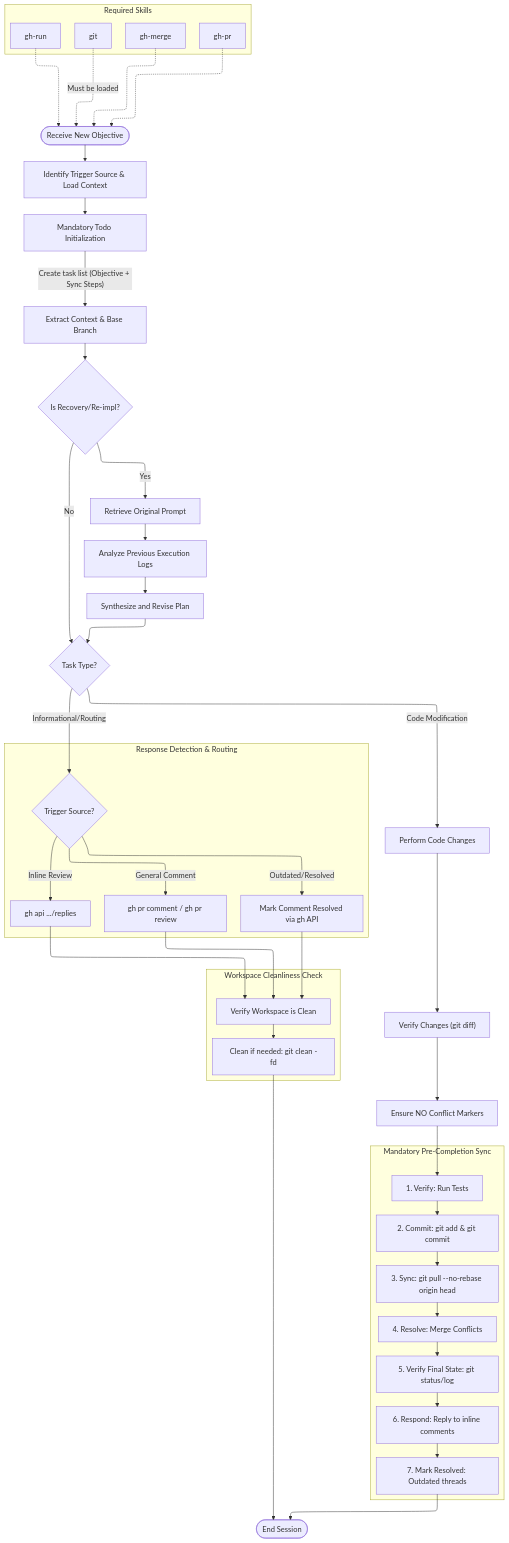
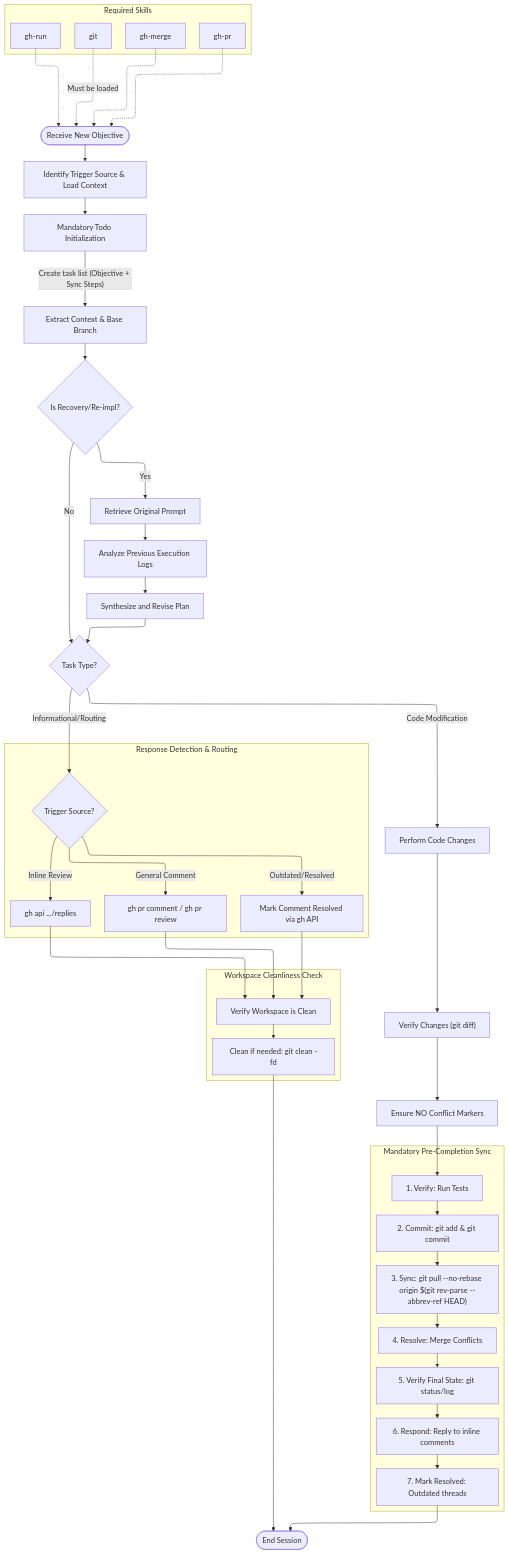
One commit to Cogni-AI-OU/cogni-ai-agent-skills changed the diagram in github-pr/SKILL.mmd. Above: the diagram before and after it, drawn with Mermaid.

Commit message:
fix(github-pr): update sync command and label syntax in SKILL.mmd per review

```diff
--- a/github-pr/SKILL.mmd
+++ b/github-pr/SKILL.mmd
@@ -1,78 +1,78 @@
 ---
 config:
   theme: default
   flowchart:
     defaultRenderer: "elk"
     curve: basis
 ---
 flowchart TD
     %% Flow diagram for github-pr skill including Mandatory steps and dependencies
 
     subgraph Dependencies ["Required Skills"]
         direction LR
         D1["git"]
         D2["gh-merge"]
         D3["gh-pr"]
         D4["gh-run"]
     end
 
     subgraph Pre_Completion_Upstream_Sync ["Mandatory Pre-Completion Sync"]
         direction TB
         S1["1. Verify: Run Tests"] --> S2["2. Commit: git add & git commit"]
-        S2 --> S3["3. Sync: git pull --no-rebase origin head"]
+        S2 --> S3["3. Sync: git pull --no-rebase origin $(git rev-parse --abbrev-ref HEAD)"]
         S3 --> S4["4. Resolve: Merge Conflicts"]
         S4 --> S5["5. Verify Final State: git status/log"]
         S5 --> S6["6. Respond: Reply to inline comments"]
         S6 --> S7["7. Mark Resolved: Outdated threads"]
     end
 
     subgraph Response_Detection_Routing ["Response Detection & Routing"]
         direction TB
         R_Detect{"Trigger Source?"}
-        R_Detect -- "Outdated/Resolved" --> R_Mark["Mark Comment Resolved via gh API"]
-        R_Detect -- "General Comment" --> R_Gen["gh pr comment / gh pr review"]
-        R_Detect -- "Inline Review" --> R_Inl["gh api .../replies"]
+        R_Detect -->|"Outdated/Resolved"| R_Mark["Mark Comment Resolved via gh API"]
+        R_Detect -->|"General Comment"| R_Gen["gh pr comment / gh pr review"]
+        R_Detect -->|"Inline Review"| R_Inl["gh api .../replies"]
     end
 
     subgraph Workspace_Cleanliness ["Workspace Cleanliness Check"]
         direction TB
         C1["Verify Workspace is Clean"] --> C2["Clean if needed: git clean -fd"]
     end
 
     %% Main Flow Links
     Start([Receive New Objective])
     
-    D1 -. "Must be loaded" .-> Start
+    D1 -.->|Must be loaded| Start
     D2 -.-> Start
     D3 -.-> Start
     D4 -.-> Start
 
     Start --> Init["Identify Trigger Source & Load Context"]
     Init --> TodoReq["Mandatory Todo Initialization"]
-    TodoReq -- "Create task list (Objective + Sync Steps)" --> Extract["Extract Context & Base Branch"]
+    TodoReq -->|"Create task list (Objective + Sync Steps)"| Extract["Extract Context & Base Branch"]
 
     Extract --> IsRevert{"Is Recovery/Re-impl?"}
     
-    IsRevert -- "Yes" --> Rec1["Retrieve Original Prompt"]
+    IsRevert -->|"Yes"| Rec1["Retrieve Original Prompt"]
     Rec1 --> Rec2["Analyze Previous Execution Logs"]
     Rec2 --> Rec3["Synthesize and Revise Plan"]
     Rec3 --> ActionType{"Task Type?"}
     
-    IsRevert -- "No" --> ActionType
+    IsRevert -->|"No"| ActionType
     
     %% Path A: Modifying Tasks
-    ActionType -- "Code Modification" --> Mod["Perform Code Changes"]
+    ActionType -->|"Code Modification"| Mod["Perform Code Changes"]
     Mod --> ModVerify["Verify Changes (git diff)"]
     ModVerify --> ModNoConf["Ensure NO Conflict Markers"]
     
     ModNoConf --> S1
     S7 --> Finish([End Session])
 
     %% Path B: Non-Modifying Tasks
-    ActionType -- "Informational/Routing" --> R_Detect
+    ActionType -->|"Informational/Routing"| R_Detect
     
     R_Mark --> C1
     R_Gen --> C1
     R_Inl --> C1
     
     C2 --> Finish
```
